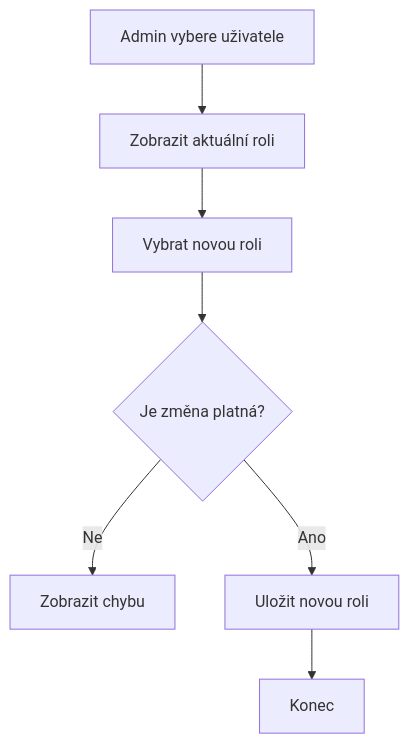
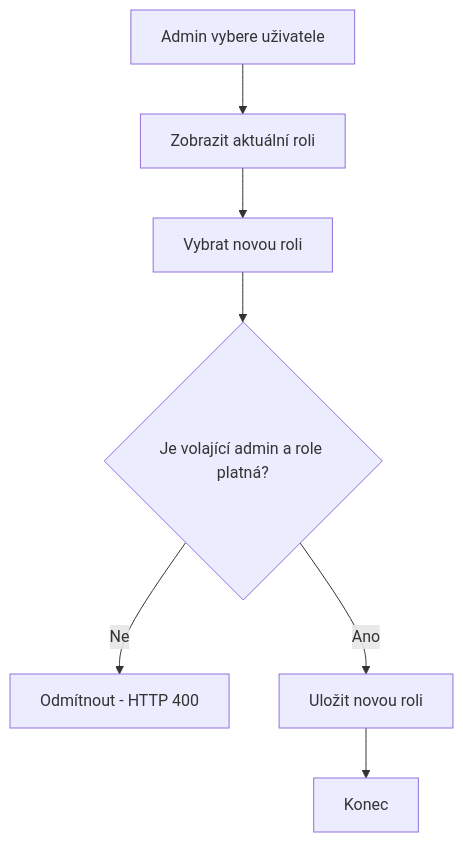
Before and after one commit to jacobcpp/KSWI: the ninth of 14 diagrams in report/01_pozadavky.md, drawn with Mermaid. The commit also changed other lines of this file and 7 other files, not shown here.

````diff
--- a/report/01_pozadavky.md
+++ b/report/01_pozadavky.md
@@ -177,9 +195,9 @@
 ```mermaid
 flowchart TD
     A[Admin vybere uživatele] --> B[Zobrazit aktuální roli]
     B --> C[Vybrat novou roli]
-    C --> D{Je změna platná?}
-    D -- Ne --> E[Zobrazit chybu]
+    C --> D{Je volající admin a role platná?}
+    D -- Ne --> E[Odmítnout - HTTP 400]
     D -- Ano --> F[Uložit novou roli]
     F --> G[Konec]
 ```
````
